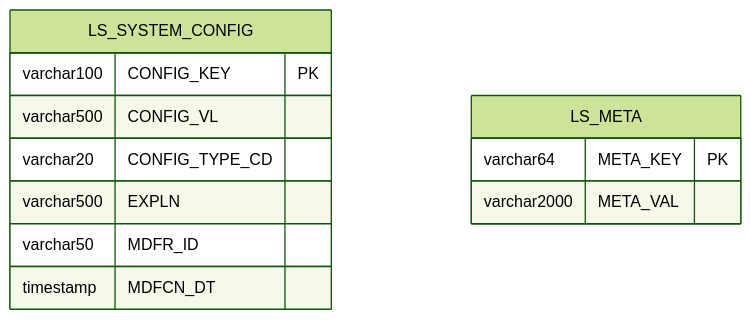
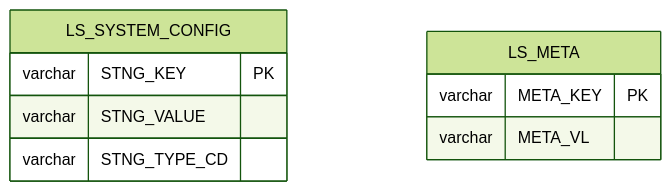
One commit to New-stella/klid-label changed the ninth of 13 diagrams in docs/design/D8-엔티티관계모형설계서.md. Above: the diagram before and after it, drawn with Mermaid (forest theme). The commit also changed other lines of this file and 6 other files, not shown here.

````diff
--- a/docs/design/D8-엔티티관계모형설계서.md
+++ b/docs/design/D8-엔티티관계모형설계서.md
@@ -375,15 +313,12 @@
 ```mermaid
 erDiagram
     LS_SYSTEM_CONFIG {
-        varchar100 CONFIG_KEY PK
-        varchar500 CONFIG_VL
-        varchar20 CONFIG_TYPE_CD
-        varchar500 EXPLN
-        varchar50 MDFR_ID
-        timestamp MDFCN_DT
+        varchar STNG_KEY PK
+        varchar STNG_VALUE
+        varchar STNG_TYPE_CD
     }
     LS_META {
-        varchar64 META_KEY PK
-        varchar2000 META_VAL
+        varchar META_KEY PK
+        varchar META_VL
     }
 ```
````
